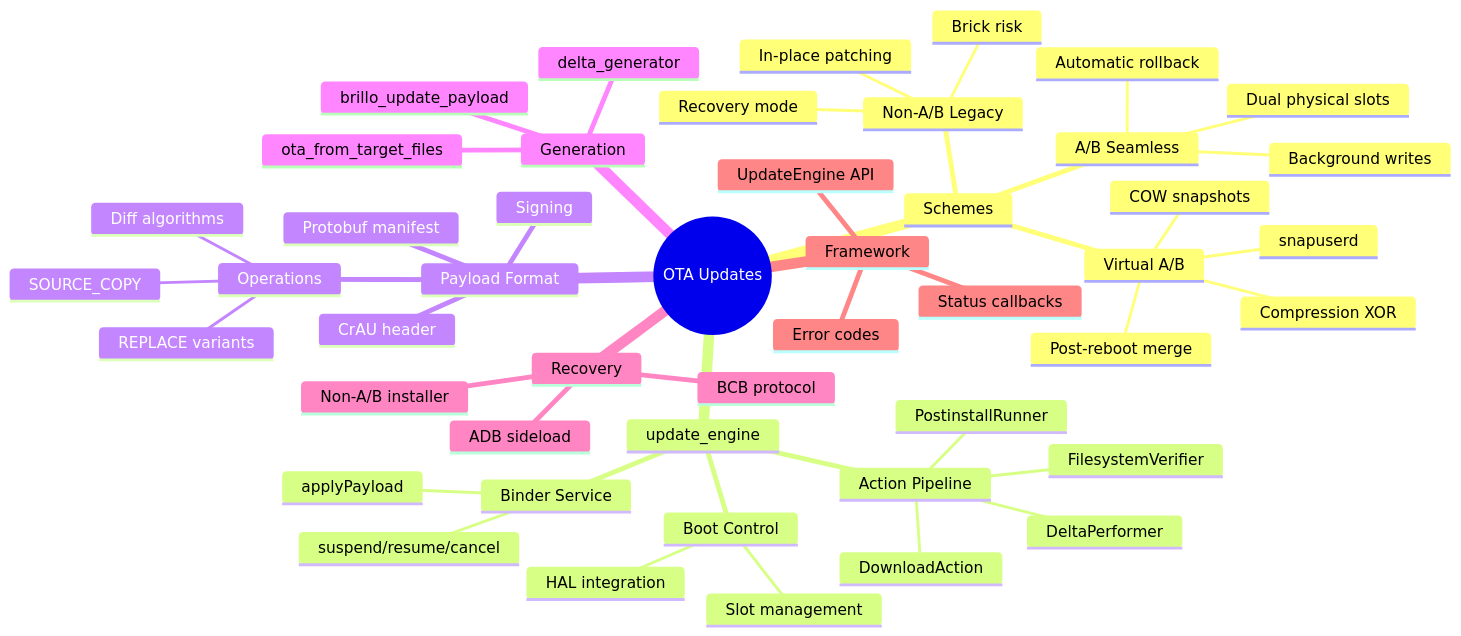
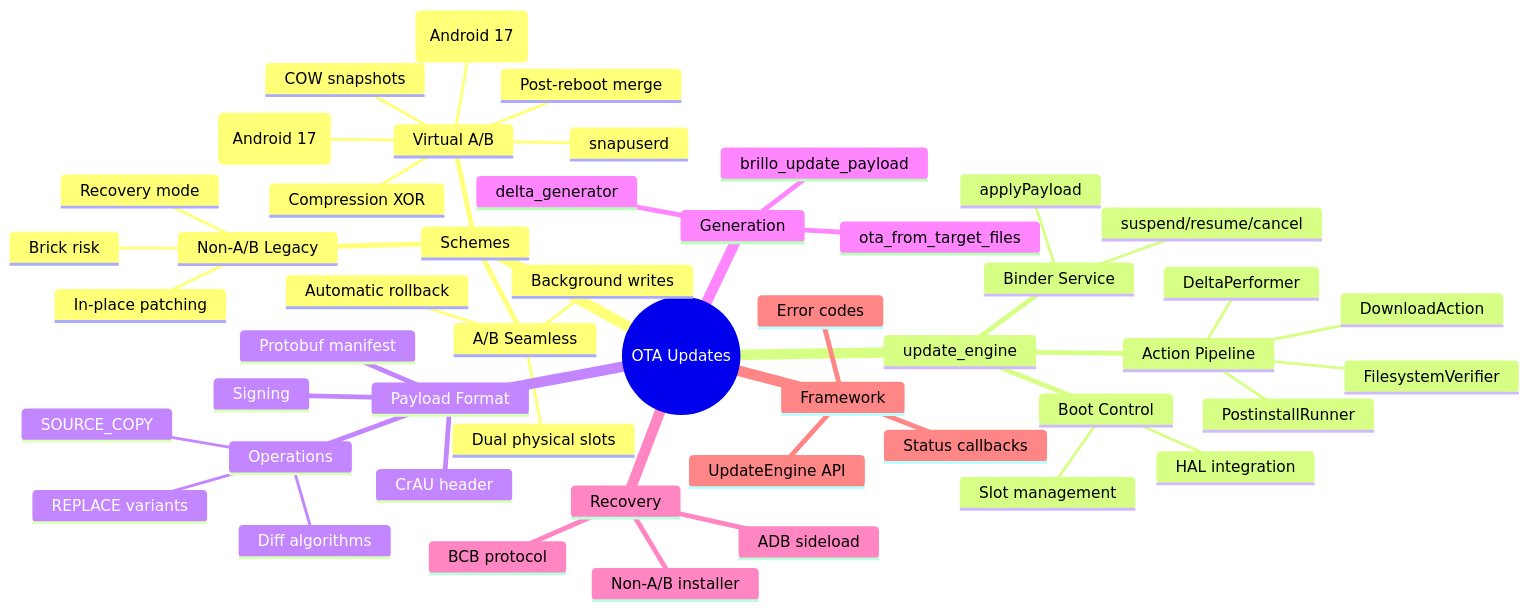
Before and after one commit to aospbooks/aosp-internal-book: diagram 37 of 37 in agents/claude/skills/aosp-infrastructure/53-ota-updates.md, drawn with Mermaid. The commit also changed other lines of this file and 232 other files, not shown here.

````diff
--- a/agents/claude/skills/aosp-infrastructure/53-ota-updates.md
+++ b/agents/claude/skills/aosp-infrastructure/53-ota-updates.md
@@ -3215,50 +3515,52 @@
 ```mermaid
 mindmap
   root((OTA Updates))
     Schemes
       Non-A/B Legacy
         Recovery mode
         In-place patching
         Brick risk
       A/B Seamless
         Dual physical slots
         Background writes
         Automatic rollback
       Virtual A/B
         COW snapshots
         snapuserd
         Post-reboot merge
         Compression XOR
+        UBLK backend (Android 17)
+        REPLACE_ZSTD (Android 17)
     update_engine
       Action Pipeline
         DownloadAction
         DeltaPerformer
         FilesystemVerifier
         PostinstallRunner
       Binder Service
         applyPayload
         suspend/resume/cancel
       Boot Control
         Slot management
         HAL integration
     Payload Format
       CrAU header
       Protobuf manifest
       Operations
         REPLACE variants
         SOURCE_COPY
         Diff algorithms
       Signing
     Generation
       ota_from_target_files
       brillo_update_payload
       delta_generator
     Recovery
       BCB protocol
       ADB sideload
       Non-A/B installer
     Framework
       UpdateEngine API
       Error codes
       Status callbacks
 ```
````
